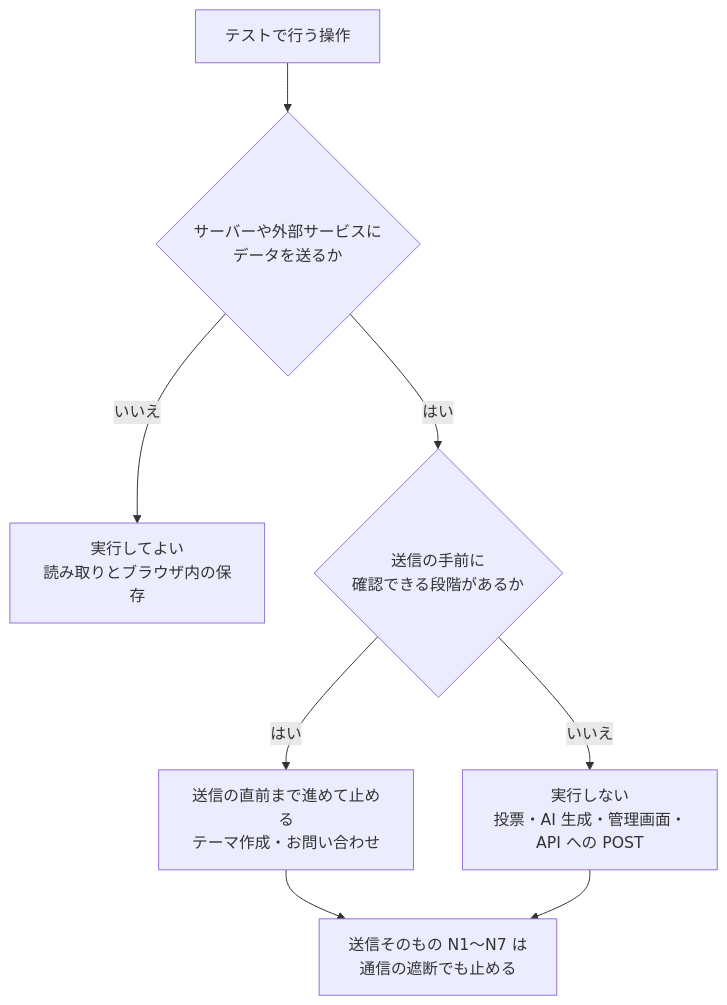
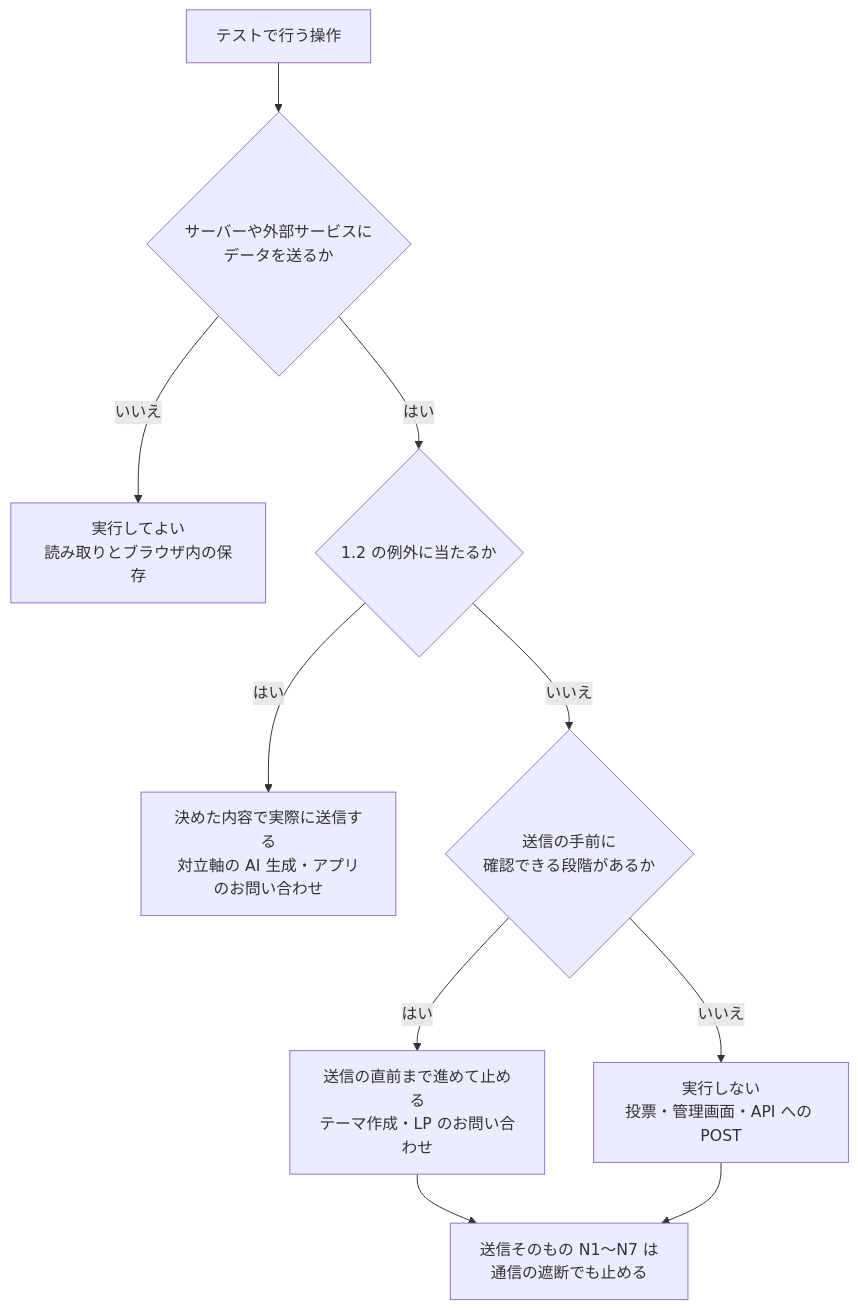
One commit to PolisJAPAN/PolisJAPAN changed the first of 3 diagrams in docs/本番定期テストケース.md. Above: the diagram before and after it, drawn with Mermaid. The commit also changed other lines of this file and 2 other files, not shown here.

````diff
--- a/docs/本番定期テストケース.md
+++ b/docs/本番定期テストケース.md
@@ -35,17 +35,21 @@
 ```mermaid
 flowchart TD
   op["テストで行う操作"]
   q1{"サーバーや外部サービスに<br/>データを送るか"}
   ok["実行してよい<br/>読み取りとブラウザ内の保存"]
+  q0{"1.2 の例外に当たるか"}
+  exc["決めた内容で実際に送信する<br/>対立軸の AI 生成・アプリのお問い合わせ"]
   q2{"送信の手前に<br/>確認できる段階があるか"}
-  halt["送信の直前まで進めて止める<br/>テーマ作成・お問い合わせ"]
-  ng["実行しない<br/>投票・AI 生成・管理画面・API への POST"]
+  halt["送信の直前まで進めて止める<br/>テーマ作成・LP のお問い合わせ"]
+  ng["実行しない<br/>投票・管理画面・API への POST"]
   guard["送信そのもの N1〜N7 は<br/>通信の遮断でも止める"]
   op --> q1
   q1 -->|"いいえ"| ok
-  q1 -->|"はい"| q2
+  q1 -->|"はい"| q0
+  q0 -->|"はい"| exc
+  q0 -->|"いいえ"| q2
   q2 -->|"はい"| halt
   q2 -->|"いいえ"| ng
   halt --> guard
   ng --> guard
 ```
````
